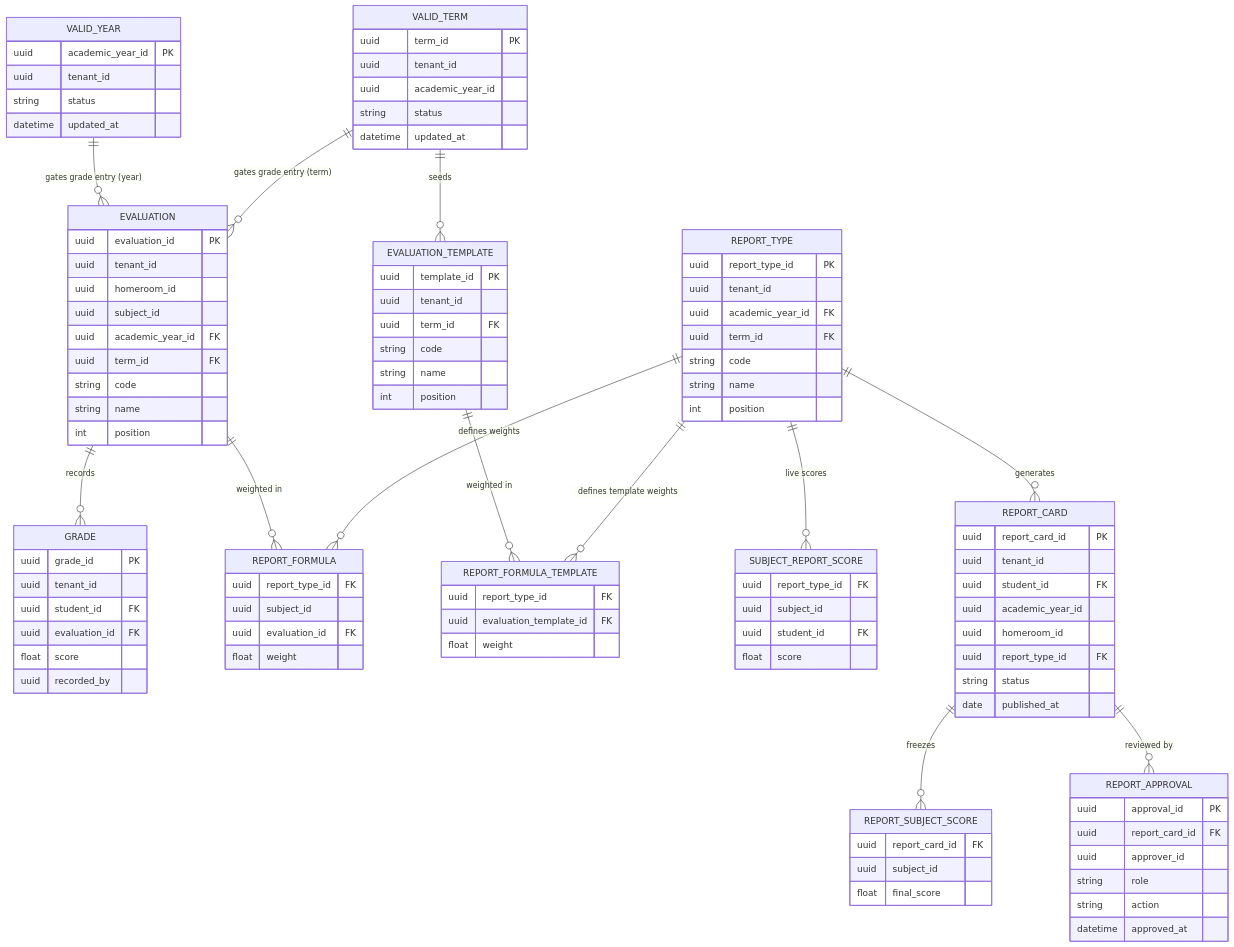
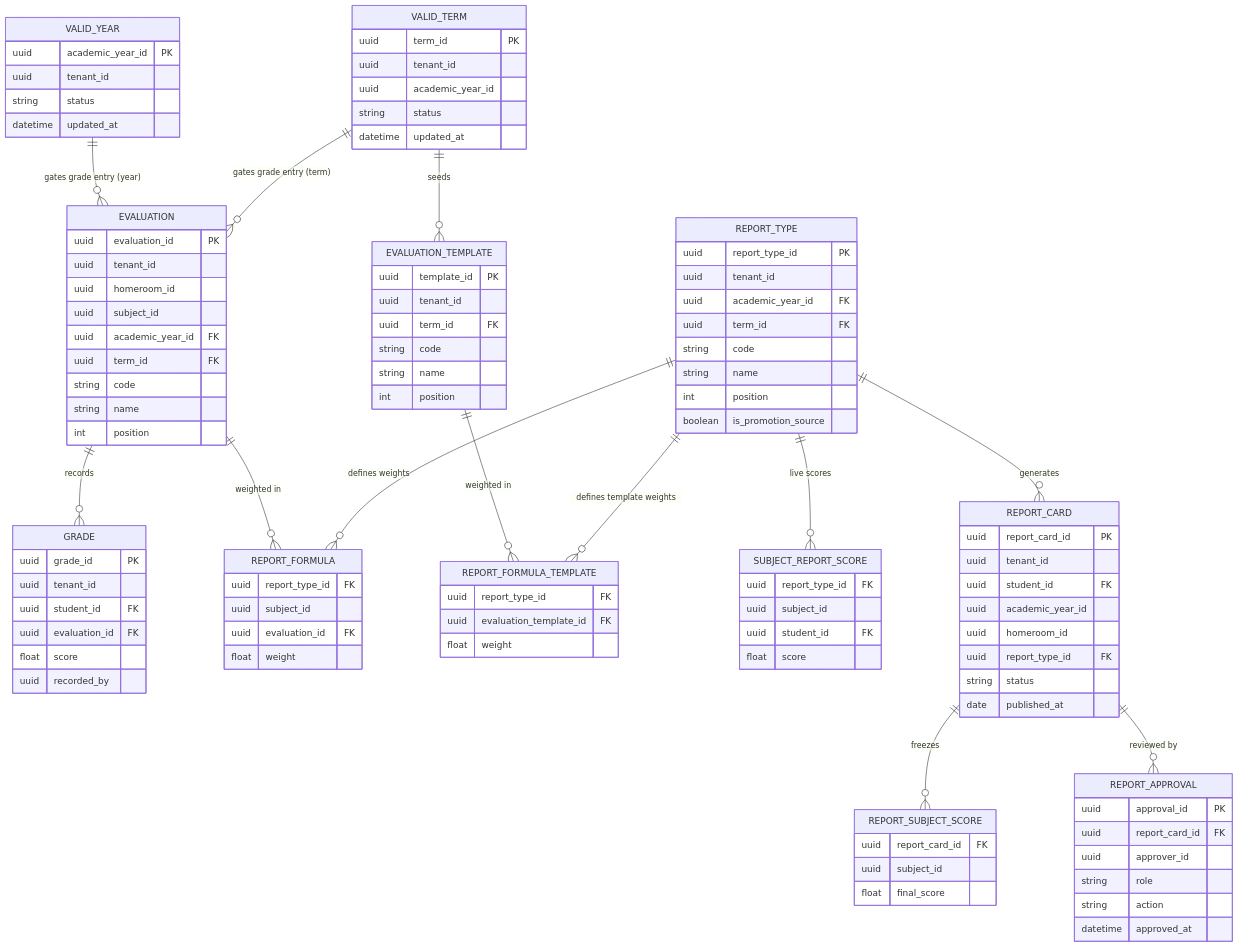
Before and after one commit to protocyber/akademiq: the diagram in docs/internal/10_data_design/06_Grading_Service_ERD.md, drawn with Mermaid. The commit also changed other lines of this file and 7 other files, not shown here.

```diff
--- a/docs/internal/10_data_design/06_Grading_Service_ERD.md
+++ b/docs/internal/10_data_design/06_Grading_Service_ERD.md
@@ -46,6 +46,7 @@
   string code
   string name
   int position
+  boolean is_promotion_source
 }
 
 REPORT_FORMULA {
```
